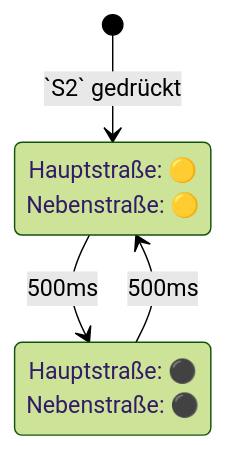
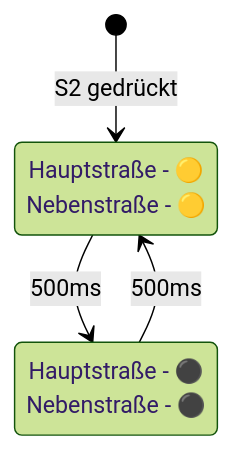
One commit to wago-enterprise-education/exponat-ampelsteuerung changed the first of 2 diagrams in src/python/vsc-ext-v0.2/exercise2_maintenance_mode/README.md. Above: the diagram before and after it, drawn with Mermaid (forest theme). The commit also changed other lines of this file and 2 other files, not shown here.

Commit message:
Update README.md to standardize state diagram formatting with hyphens

````diff
--- a/src/python/vsc-ext-v0.2/exercise2_maintenance_mode/README.md
+++ b/src/python/vsc-ext-v0.2/exercise2_maintenance_mode/README.md
@@ -22,11 +22,11 @@
 ```mermaid
 stateDiagram-v2
-    [*] --> Wartungsmodus_GelbAn: `S2` gedrückt
+   [*] --> Wartungsmodus_GelbAn: S2 gedrückt
     
-    Wartungsmodus_GelbAn: Hauptstraße: 🟡<br/>Nebenstraße: 🟡
-    Wartungsmodus_Aus: Hauptstraße: ⚫<br/>Nebenstraße: ⚫
+   Wartungsmodus_GelbAn: Hauptstraße - 🟡<br/>Nebenstraße - 🟡
+   Wartungsmodus_Aus: Hauptstraße - ⚫<br/>Nebenstraße - ⚫
     
     Wartungsmodus_GelbAn --> Wartungsmodus_Aus: 500ms
     Wartungsmodus_Aus --> Wartungsmodus_GelbAn: 500ms
        
 ```
````
